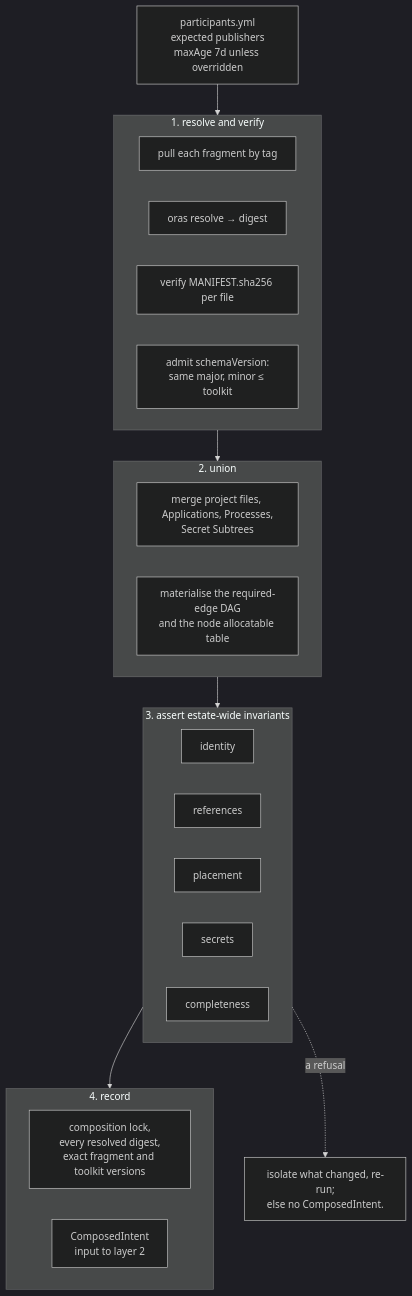
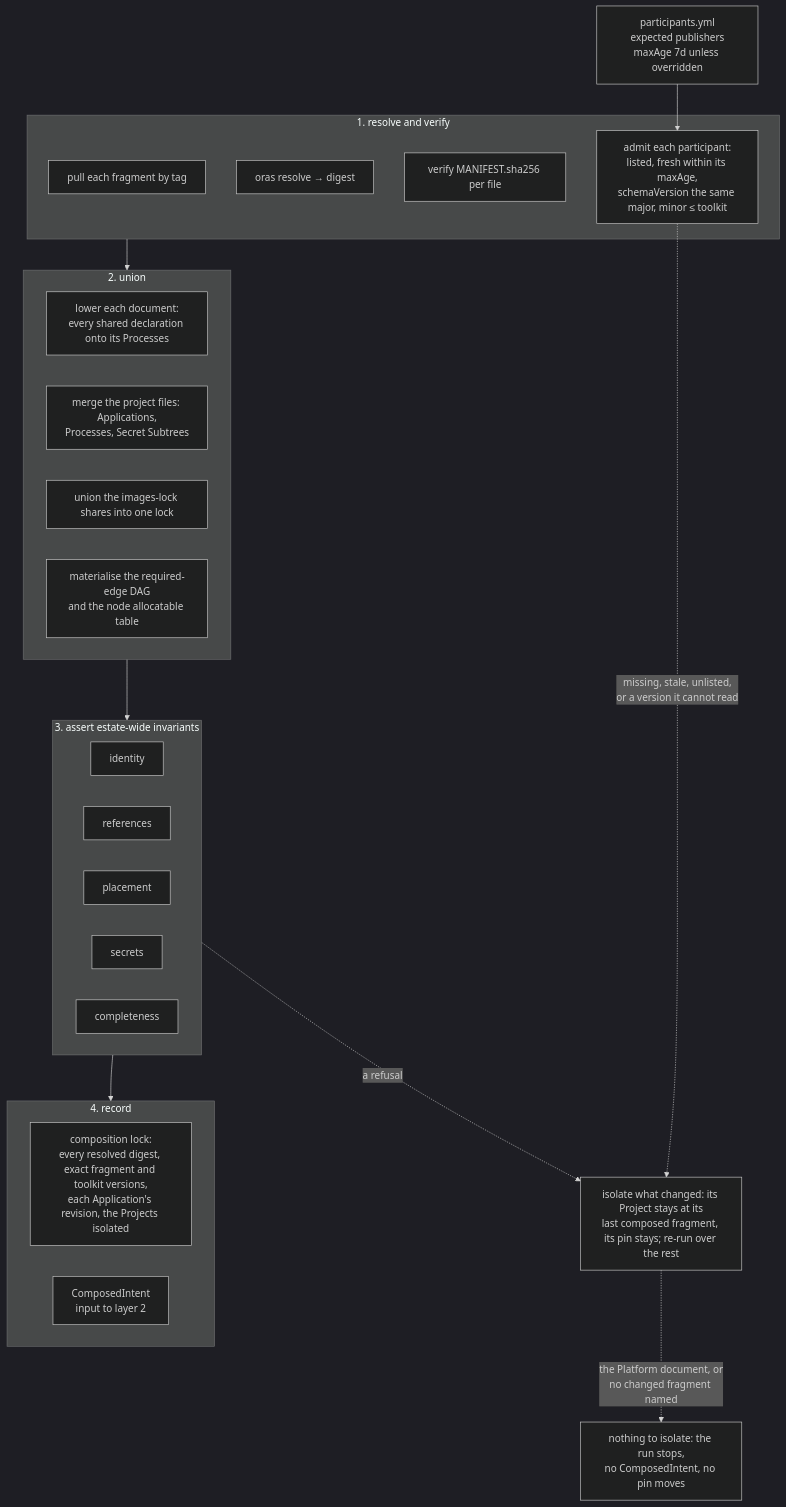
Before and after one commit to JorisJonkers-dev/deploy-kit: the diagram in spec/v1/40-composition.md, drawn with Mermaid (dark theme). The commit also changed 1 other file, not shown here.

Commit message:
docs(spec): redraw the composition run with participant admission, the images-lock union and isolation

````diff
--- a/spec/v1/40-composition.md
+++ b/spec/v1/40-composition.md
@@ -862,35 +862,39 @@
 ```mermaid
 flowchart TB
     P["participants.yml<br/>expected publishers<br/>maxAge 7d unless overridden"]
 
     subgraph PULL["1. resolve and verify"]
         p1["pull each fragment by tag"]
         p2["oras resolve → digest"]
         p3["verify MANIFEST.sha256 per file"]
-        p4["admit schemaVersion:<br/>same major, minor ≤ toolkit"]
+        p4["admit each participant:<br/>listed, fresh within its maxAge,<br/>schemaVersion the same major, minor ≤ toolkit"]
     end
 
     subgraph UNION["2. union"]
-        u1["merge project files, Applications, Processes,<br/>Secret Subtrees"]
-        u2["materialise the required-edge DAG<br/>and the node allocatable table"]
+        u1["lower each document:<br/>every shared declaration onto its Processes"]
+        u2["merge the project files: Applications,<br/>Processes, Secret Subtrees"]
+        u3["union the images-lock shares into one lock"]
+        u4["materialise the required-edge DAG<br/>and the node allocatable table"]
     end
 
     subgraph ASSERT["3. assert estate-wide invariants"]
         a1["identity"]
         a2["references"]
         a3["placement"]
         a4["secrets"]
         a5["completeness"]
     end
 
     subgraph OUT["4. record"]
-        o1["composition lock,<br/>every resolved digest,<br/>exact fragment and toolkit versions"]
+        o1["composition lock:<br/>every resolved digest, exact fragment and toolkit versions,<br/>each Application's revision, the Projects isolated"]
         o2["ComposedIntent<br/>input to layer 2"]
     end
 
-    P --> PULL
+    P --> p4
     PULL --> UNION
     UNION --> ASSERT
     ASSERT --> OUT
-    ASSERT -.->|"a refusal"| X["isolate what changed, re-run;<br/>else no ComposedIntent."]
+    ASSERT -.->|"a refusal"| X["isolate what changed: its Project stays at its<br/>last composed fragment, its pin stays; re-run over the rest"]
+    p4 -.->|"missing, stale, unlisted,<br/>or a version it cannot read"| X
+    X -.->|"the Platform document, or<br/>no changed fragment named"| Y["nothing to isolate: the run stops,<br/>no ComposedIntent, no pin moves"]
 ```
````
